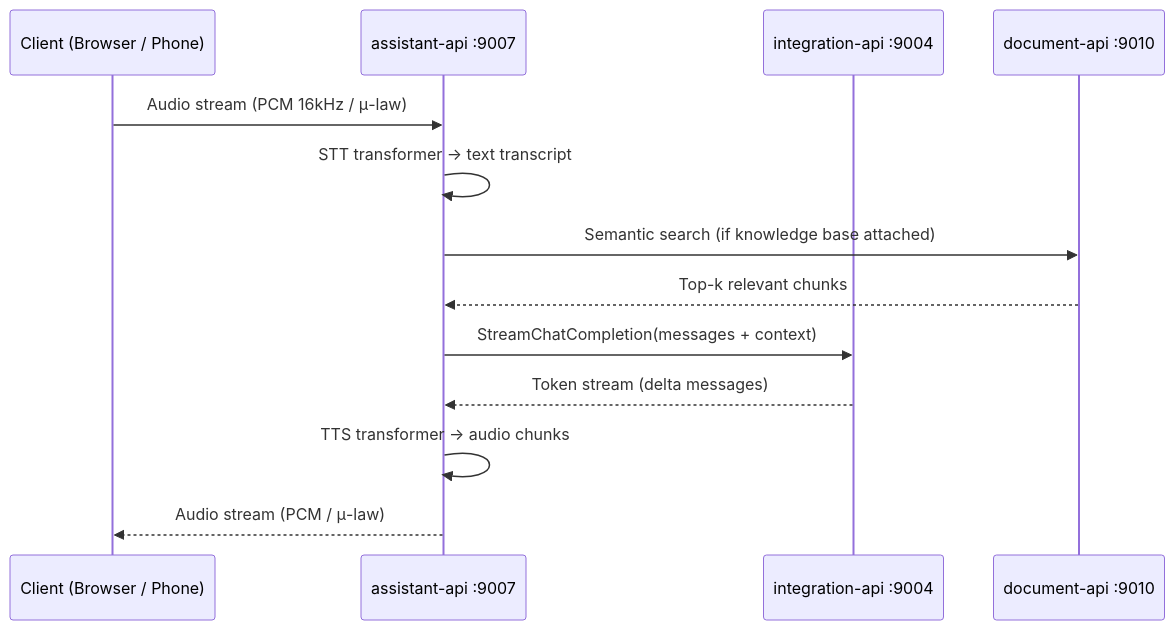
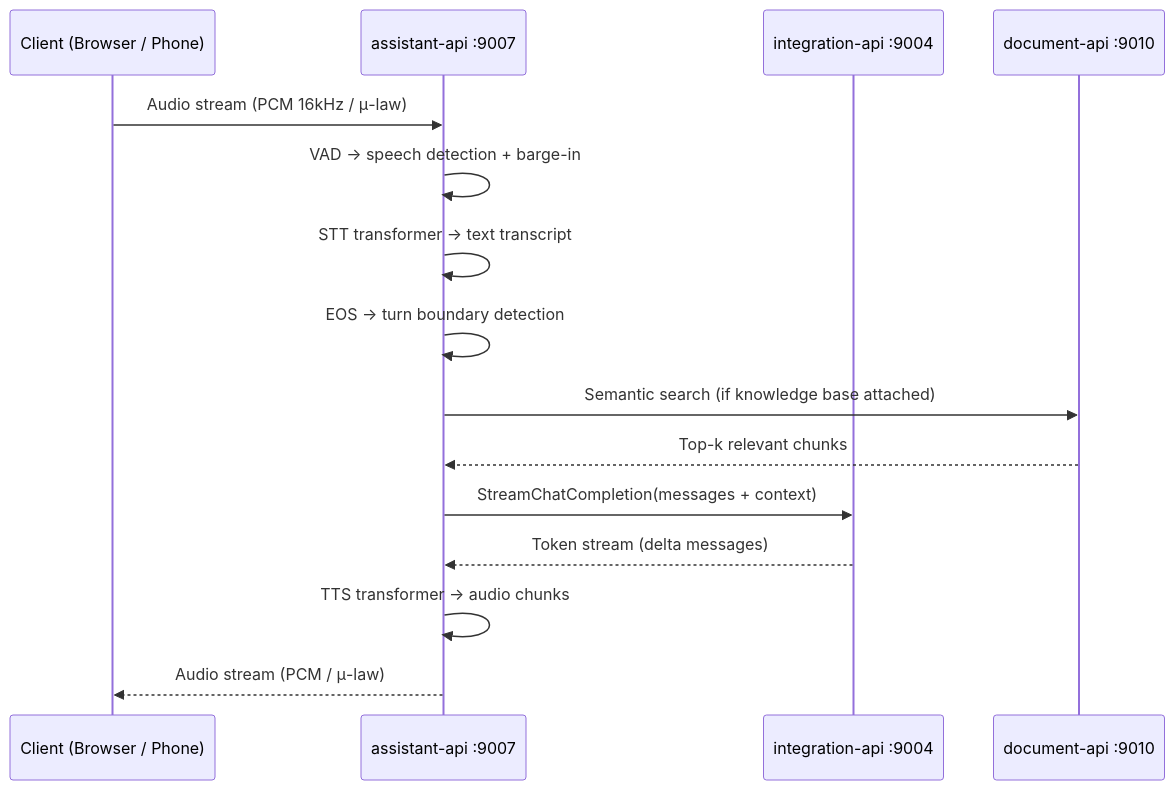
One commit to rapidaai/rapidaai-docs changed the diagram in opensource/services/assistant-api/overview.mdx. Above: the diagram before and after it, drawn with Mermaid. The commit also changed other lines of this file and 9 other files, not shown here.

Commit message:
feat: updated doc for end of speech and vad

````diff
--- a/opensource/services/assistant-api/overview.mdx
+++ b/opensource/services/assistant-api/overview.mdx
@@ -38,16 +40,18 @@
 ```mermaid
 sequenceDiagram
     participant Client as Client (Browser / Phone)
     participant AS as assistant-api :9007
     participant IA as integration-api :9004
     participant DA as document-api :9010
 
     Client->>AS: Audio stream (PCM 16kHz / μ-law)
+    AS->>AS: VAD → speech detection + barge-in
     AS->>AS: STT transformer → text transcript
+    AS->>AS: EOS → turn boundary detection
     AS->>DA: Semantic search (if knowledge base attached)
     DA-->>AS: Top-k relevant chunks
     AS->>IA: StreamChatCompletion(messages + context)
     IA-->>AS: Token stream (delta messages)
     AS->>AS: TTS transformer → audio chunks
     AS-->>Client: Audio stream (PCM / μ-law)
 ```
````
